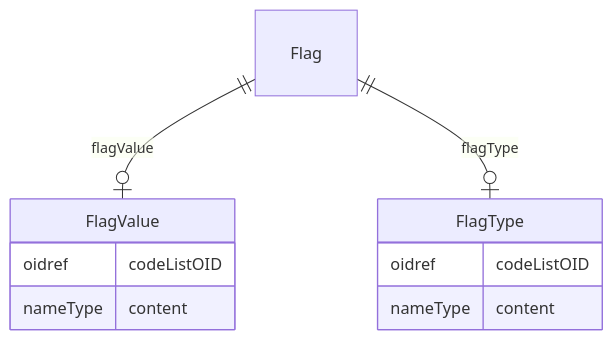
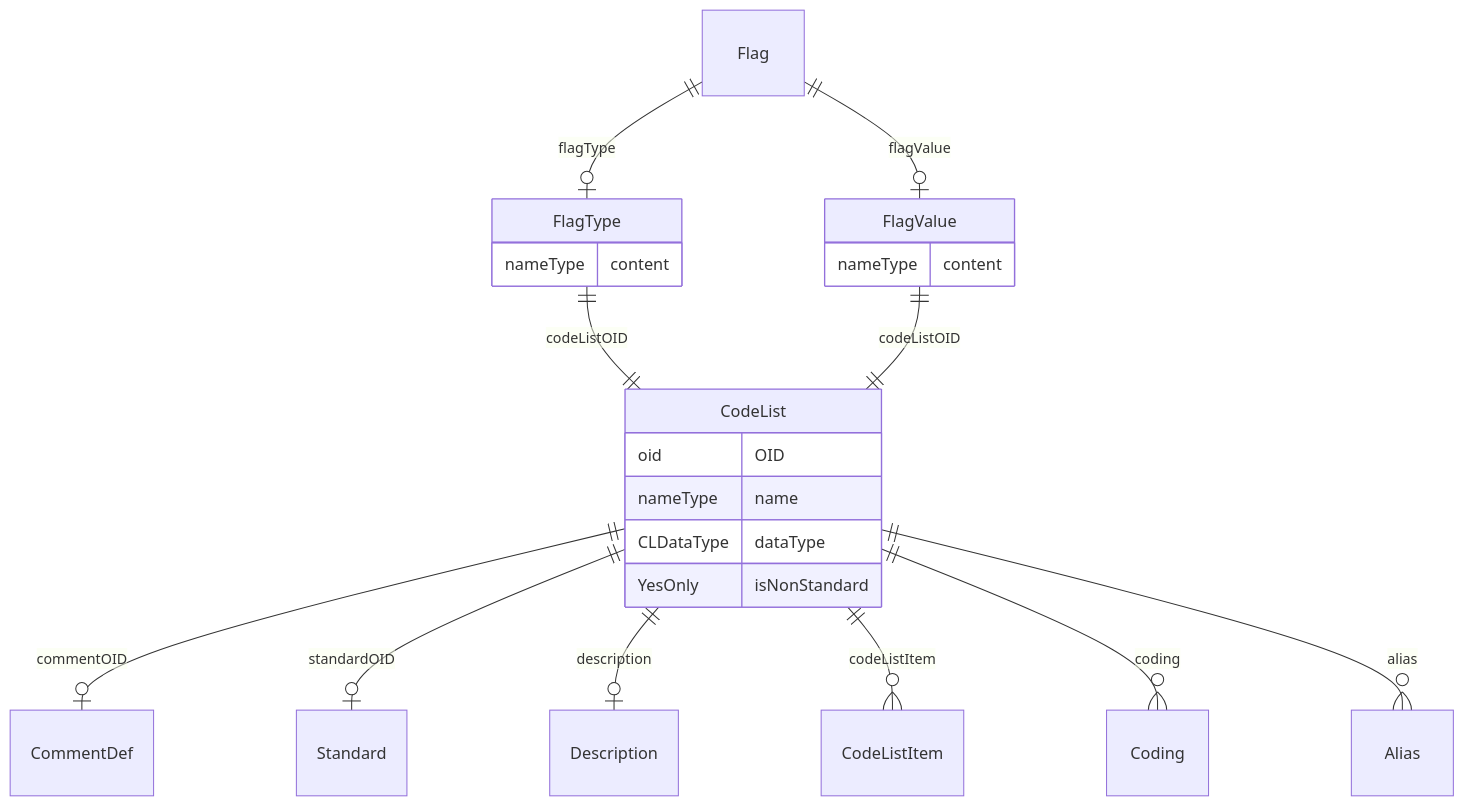
Before and after one commit to cdisc-org/DataExchange-ODM-LinkML: the diagram in docs/Flag.md, drawn with Mermaid. The commit also changed other lines of this file and 338 other files, not shown here.

Commit message:
improved references by detecting targets for oidref type slots

````diff
--- a/docs/Flag.md
+++ b/docs/Flag.md
@@ -11,18 +11,30 @@
 ```mermaid
 erDiagram
 Flag {
 
 }
 FlagType {
-    oidref codeListOID  
     nameType content  
 }
+CodeList {
+    oid OID  
+    nameType name  
+    CLDataType dataType  
+    YesOnly isNonStandard  
+}
 FlagValue {
-    oidref codeListOID  
     nameType content  
 }
 
 Flag ||--|o FlagValue : "flagValue"
 Flag ||--|o FlagType : "flagType"
+FlagType ||--|| CodeList : "codeListOID"
+CodeList ||--|o CommentDef : "commentOID"
+CodeList ||--|o Standard : "standardOID"
+CodeList ||--|o Description : "description"
+CodeList ||--}o CodeListItem : "codeListItem"
+CodeList ||--}o Coding : "coding"
+CodeList ||--}o Alias : "alias"
+FlagValue ||--|| CodeList : "codeListOID"
 
 ```
````
